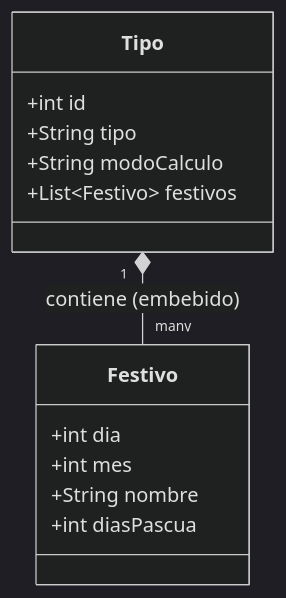
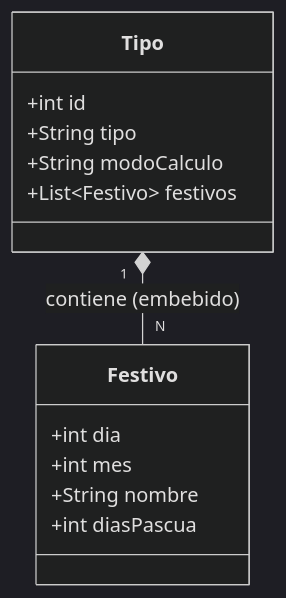
Before and after one commit to yhanca96/Arquitectura-Software: the diagram in diagrama-objetual-bdfestivos.md, drawn with Mermaid (dark theme).

Commit message:
Update relationship cardinality for Festivo

````diff
--- a/diagrama-objetual-bdfestivos.md
+++ b/diagrama-objetual-bdfestivos.md
@@ -1,16 +1,16 @@
 ```mermaid
 classDiagram
     class Tipo {
         +int id
         +String tipo
         +String modoCalculo
         +List~Festivo~ festivos
     }
     class Festivo {
         +int dia
         +int mes
         +String nombre
         +int diasPascua
     }
-    Tipo "1" *-- "many" Festivo : contiene (embebido)
+    Tipo "1" *-- "N" Festivo : contiene (embebido)
 ```
````
